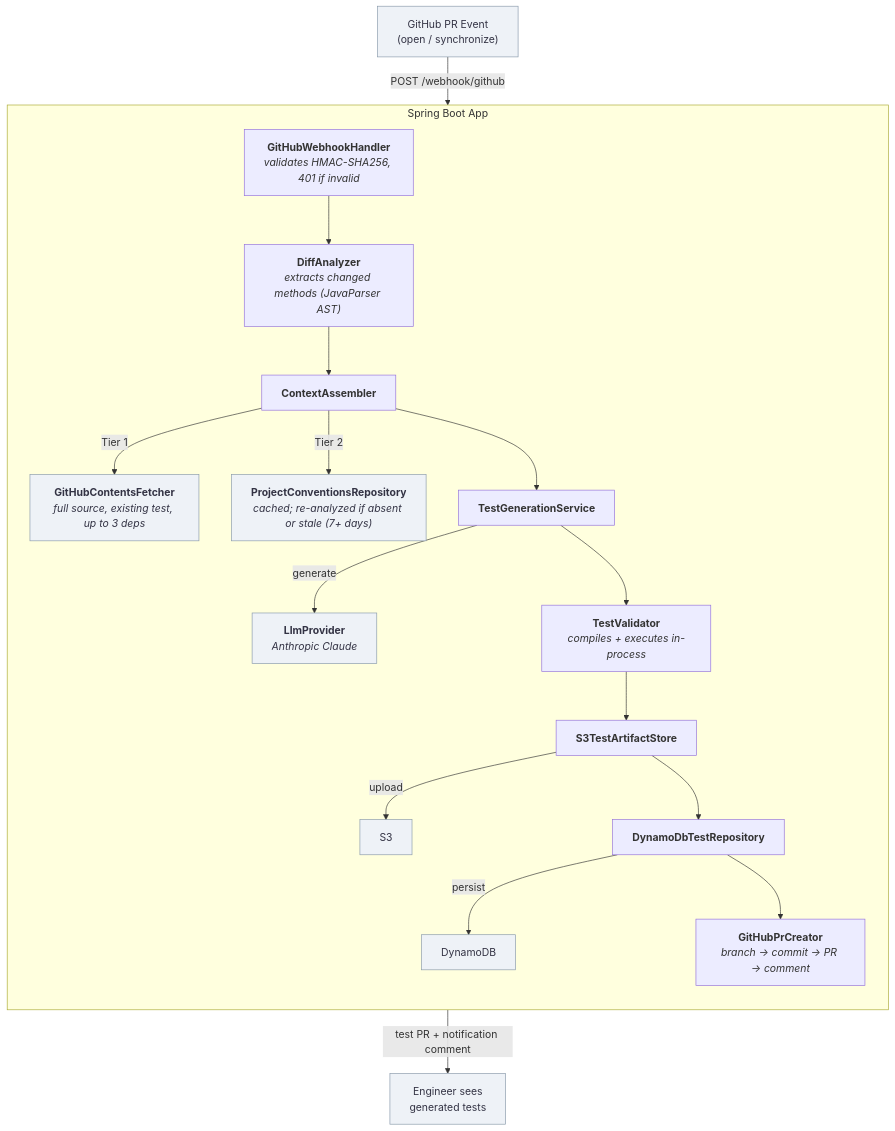
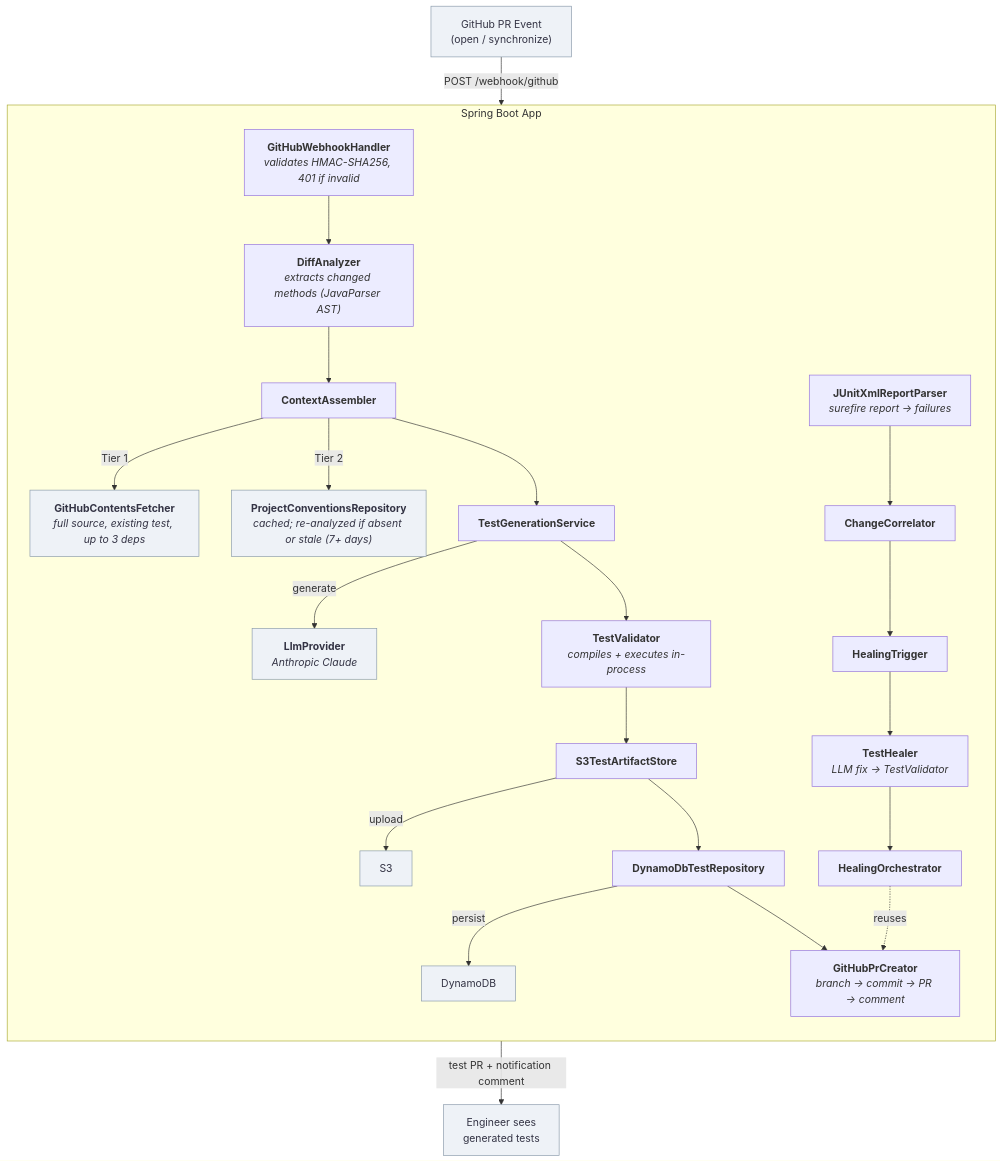
The diagram in README.md (BibinFrancisK/ai-test-generation-engine), drawn with Mermaid before and after one commit. The commit also changed other lines of this file and 9 other files, not shown here.

````diff
--- a/README.md
+++ b/README.md
@@ -22,29 +25,35 @@
 ```mermaid
 flowchart TD
     GH["GitHub PR Event<br/>(open / synchronize)"]
     GH -->|"POST /webhook/github"| WH
 
     subgraph App["Spring Boot App"]
         direction TB
         WH["<b>GitHubWebhookHandler</b><br/><i>validates HMAC-SHA256, 401 if invalid</i>"]
         WH --> DA["<b>DiffAnalyzer</b><br/><i>extracts changed methods (JavaParser AST)</i>"]
         DA --> CA["<b>ContextAssembler</b>"]
 
         CA -->|"Tier 1"| GCF["<b>GitHubContentsFetcher</b><br/><i>full source, existing test, up to 3 deps</i>"]
         CA -->|"Tier 2"| PCR["<b>ProjectConventionsRepository</b><br/><i>cached; re-analyzed if absent or stale (7+ days)</i>"]
         CA --> TGS["<b>TestGenerationService</b>"]
 
         TGS -->|"generate"| LLM["<b>LlmProvider</b><br/><i>Anthropic Claude</i>"]
         TGS --> TV["<b>TestValidator</b><br/><i>compiles + executes in-process</i>"]
         TV --> S3S["<b>S3TestArtifactStore</b>"]
         S3S -->|"upload"| S3["S3"]
         S3S --> DDB["<b>DynamoDbTestRepository</b>"]
         DDB -->|"persist"| DYN["DynamoDB"]
         DDB --> GPC["<b>GitHubPrCreator</b><br/><i>branch → commit → PR → comment</i>"]
+
+        JXR["<b>JUnitXmlReportParser</b><br/><i>surefire report → failures</i>"] --> CC["<b>ChangeCorrelator</b>"]
+        CC --> HT["<b>HealingTrigger</b>"]
+        HT --> TH["<b>TestHealer</b><br/><i>LLM fix → TestValidator</i>"]
+        TH --> HO["<b>HealingOrchestrator</b>"]
+        HO -.->|"reuses"| GPC
     end
 
     GPC -->|"test PR + notification comment"| DONE["Engineer sees<br/>generated tests"]
 
     classDef external fill:#eef2f7,stroke:#8899aa,color:#334;
     class GCF,PCR,LLM,S3,DYN,GH,DONE external;
 ```
````
